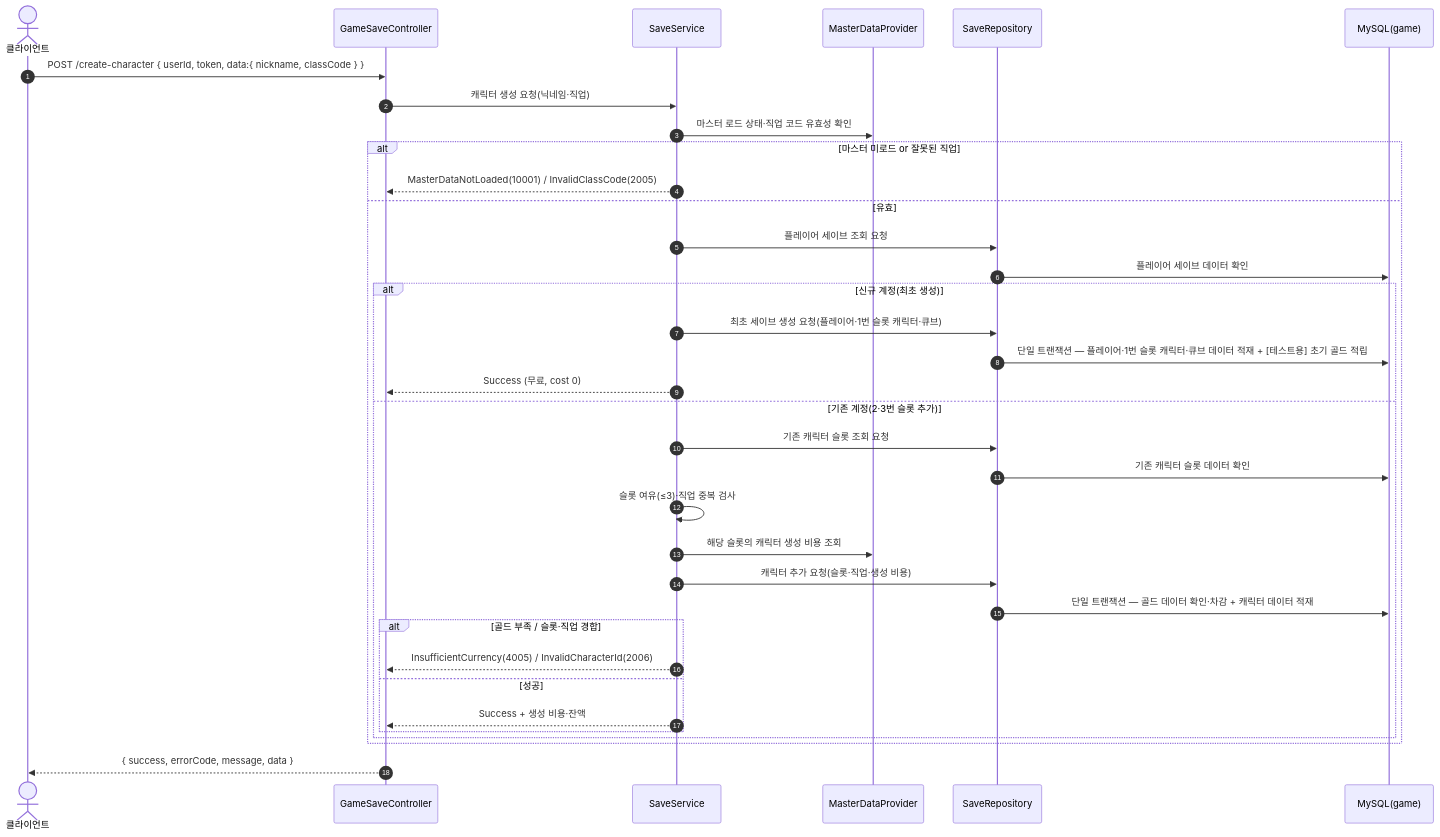
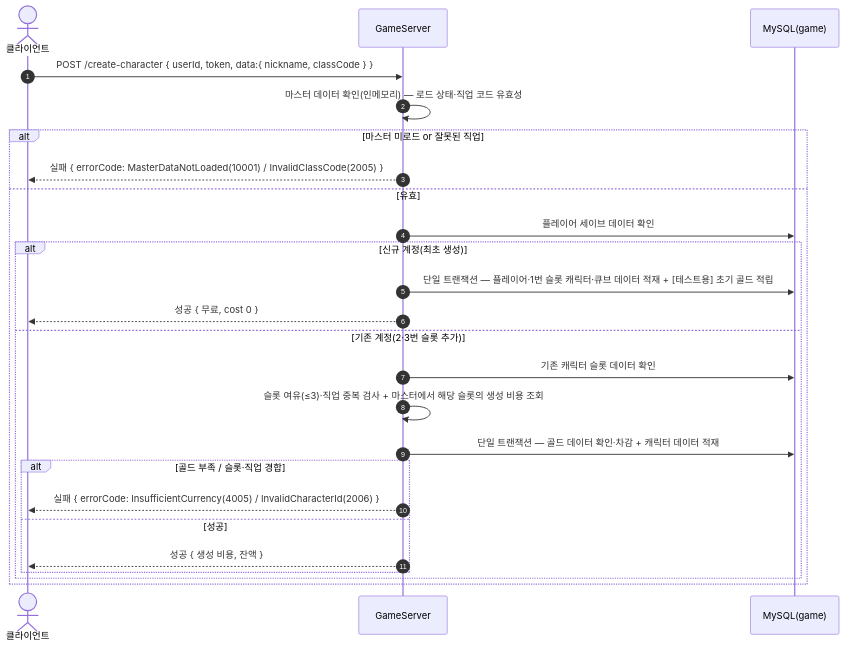
The second of 3 diagrams in SequenceDiagram/GameSaveController.md (ks-wook/com2us-taskbar-hero), drawn with Mermaid before and after one commit. The commit also changed other lines of this file and 8 other files, not shown here.

Commit message:
시퀀스 다이어그램 수정

````diff
--- a/SequenceDiagram/GameSaveController.md
+++ b/SequenceDiagram/GameSaveController.md
@@ -37,38 +31,28 @@
 ```mermaid
 sequenceDiagram
     autonumber
     actor C as 클라이언트
-    participant Ctrl as GameSaveController
-    participant Svc as SaveService
-    participant MD as MasterDataProvider
-    participant Repo as SaveRepository
+    participant S as GameServer
     participant DB as MySQL(game)
 
-    C->>Ctrl: POST /create-character { userId, token, data:{ nickname, classCode } }
-    Ctrl->>Svc: 캐릭터 생성 요청(닉네임·직업)
-    Svc->>MD: 마스터 로드 상태·직업 코드 유효성 확인
+    C->>S: POST /create-character { userId, token, data:{ nickname, classCode } }
+    S->>S: 마스터 데이터 확인(인메모리) — 로드 상태·직업 코드 유효성
     alt 마스터 미로드 or 잘못된 직업
-        Svc-->>Ctrl: MasterDataNotLoaded(10001) / InvalidClassCode(2005)
+        S-->>C: 실패 { errorCode: MasterDataNotLoaded(10001) / InvalidClassCode(2005) }
     else 유효
-        Svc->>Repo: 플레이어 세이브 조회 요청
-        Repo->>DB: 플레이어 세이브 데이터 확인
+        S->>DB: 플레이어 세이브 데이터 확인
         alt 신규 계정(최초 생성)
-            Svc->>Repo: 최초 세이브 생성 요청(플레이어·1번 슬롯 캐릭터·큐브)
-            Repo->>DB: 단일 트랜잭션 — 플레이어·1번 슬롯 캐릭터·큐브 데이터 적재 + [테스트용] 초기 골드 적립
-            Svc-->>Ctrl: Success (무료, cost 0)
+            S->>DB: 단일 트랜잭션 — 플레이어·1번 슬롯 캐릭터·큐브 데이터 적재 + [테스트용] 초기 골드 적립
+            S-->>C: 성공 { 무료, cost 0 }
         else 기존 계정(2·3번 슬롯 추가)
-            Svc->>Repo: 기존 캐릭터 슬롯 조회 요청
-            Repo->>DB: 기존 캐릭터 슬롯 데이터 확인
-            Svc->>Svc: 슬롯 여유(≤3)·직업 중복 검사
-            Svc->>MD: 해당 슬롯의 캐릭터 생성 비용 조회
-            Svc->>Repo: 캐릭터 추가 요청(슬롯·직업·생성 비용)
-            Repo->>DB: 단일 트랜잭션 — 골드 데이터 확인·차감 + 캐릭터 데이터 적재
+            S->>DB: 기존 캐릭터 슬롯 데이터 확인
+            S->>S: 슬롯 여유(≤3)·직업 중복 검사 + 마스터에서 해당 슬롯의 생성 비용 조회
+            S->>DB: 단일 트랜잭션 — 골드 데이터 확인·차감 + 캐릭터 데이터 적재
             alt 골드 부족 / 슬롯·직업 경합
-                Svc-->>Ctrl: InsufficientCurrency(4005) / InvalidCharacterId(2006)
+                S-->>C: 실패 { errorCode: InsufficientCurrency(4005) / InvalidCharacterId(2006) }
             else 성공
-                Svc-->>Ctrl: Success + 생성 비용·잔액
+                S-->>C: 성공 { 생성 비용, 잔액 }
             end
         end
     end
-    Ctrl-->>C: { success, errorCode, message, data }
 ```
````
